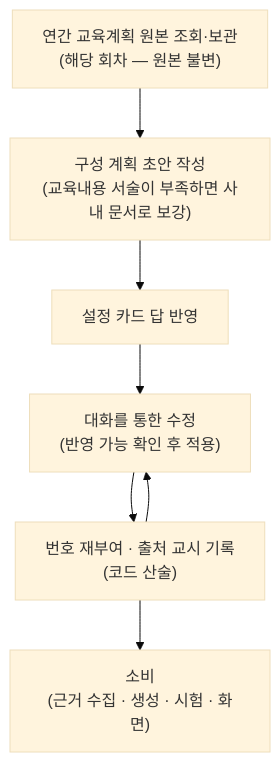
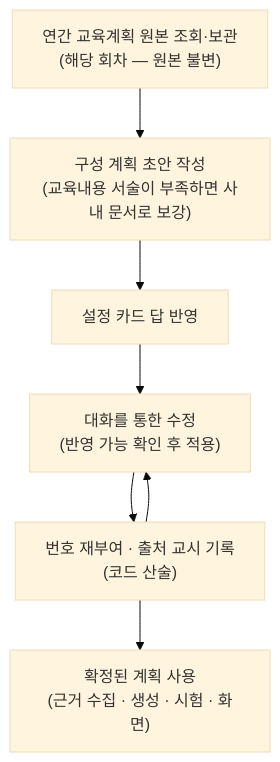
Before and after one commit to Doc-AI-Agent-development/Doc-AI-Agent-development.github.io: the diagram in docs/edu-material/syllabus.md, drawn with Mermaid (base theme). The commit also changed other lines of this file and 2 other files, not shown here.

````diff
--- a/docs/edu-material/syllabus.md
+++ b/docs/edu-material/syllabus.md
@@ -107,9 +107,9 @@
 ```mermaid
 flowchart TD
   A["연간 교육계획 원본 조회·보관<br/>(해당 회차 — 원본 불변)"] --> B["구성 계획 초안 작성<br/>(교육내용 서술이 부족하면 사내 문서로 보강)"]
   B --> C["설정 카드 답 반영"]
   C --> D["대화를 통한 수정<br/>(반영 가능 확인 후 적용)"]
   D --> E["번호 재부여 · 출처 교시 기록<br/>(코드 산술)"]
   E --> D
-  E --> F["소비<br/>(근거 수집 · 생성 · 시험 · 화면)"]
+  E --> F["확정된 계획 사용<br/>(근거 수집 · 생성 · 시험 · 화면)"]
 ```
````
